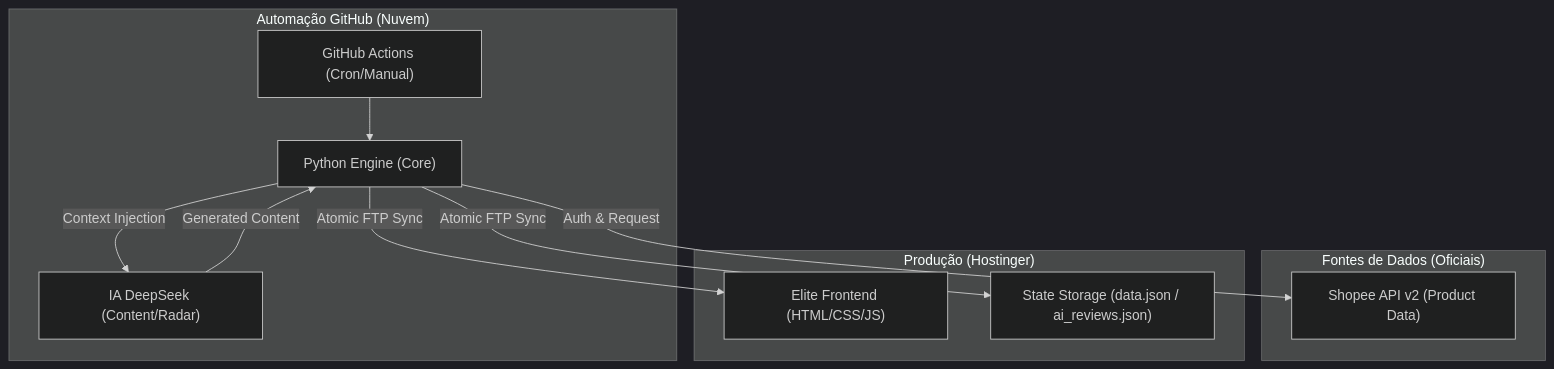
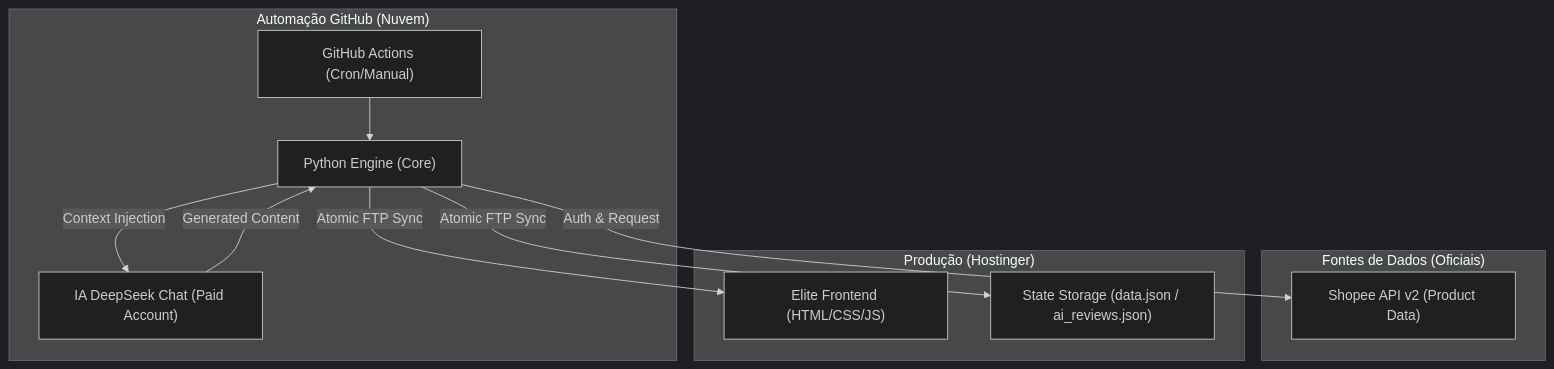
The diagram in docs/TITANIUM_BRAIN/00_SYSTEM_ARCHITECTURE.md (EricMacedo10/Rob-Titanium), drawn with Mermaid (dark theme) before and after one commit. The commit also changed other lines of this file and 20 other files, not shown here.

````diff
--- a/docs/TITANIUM_BRAIN/00_SYSTEM_ARCHITECTURE.md
+++ b/docs/TITANIUM_BRAIN/00_SYSTEM_ARCHITECTURE.md
@@ -18,24 +18,24 @@
 ```mermaid
 graph TD
     subgraph "Automação GitHub (Nuvem)"
         ACTION["GitHub Actions (Cron/Manual)"]
         PYTHON["Python Engine (Core)"]
-        AI["IA DeepSeek (Content/Radar)"]
+        AI["IA DeepSeek Chat (Paid Account)"]
     end
 
     subgraph "Fontes de Dados (Oficiais)"
         SHP["Shopee API v2 (Product Data)"]
     end
 
     subgraph "Produção (Hostinger)"
         SITE["Elite Frontend (HTML/CSS/JS)"]
         STATE["State Storage (data.json / ai_reviews.json)"]
     end
 
     ACTION --> PYTHON
     PYTHON -- "Auth & Request" --> SHP
     PYTHON -- "Context Injection" --> AI
     AI -- "Generated Content" --> PYTHON
     PYTHON -- "Atomic FTP Sync" --> STATE
     PYTHON -- "Atomic FTP Sync" --> SITE
 ```
````
